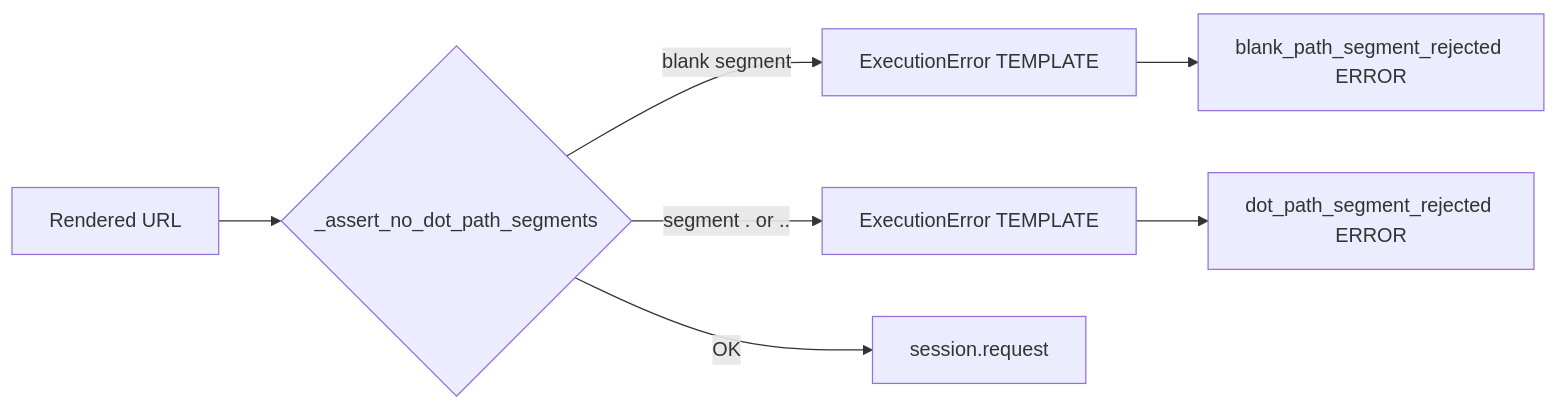
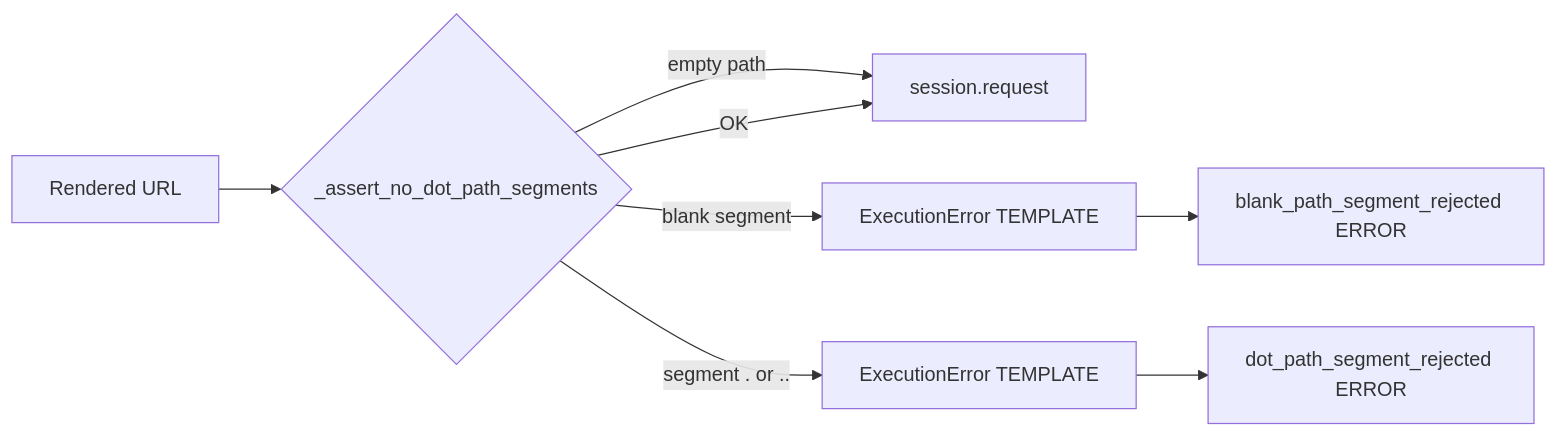
The diagram in doc/dev/http_path_segment_rejection.md (koctep/pypost), drawn with Mermaid before and after one commit. The commit also changed other lines of this file and 8 other files, not shown here.

````diff
--- a/doc/dev/http_path_segment_rejection.md
+++ b/doc/dev/http_path_segment_rejection.md
@@ -53,9 +61,10 @@
 ```mermaid
 flowchart LR
   A[Rendered URL] --> B{_assert_no_dot_path_segments}
+  B -->|empty path| E[session.request]
   B -->|blank segment| C1[ExecutionError TEMPLATE]
   B -->|segment . or ..| C2[ExecutionError TEMPLATE]
   C1 --> D1[blank_path_segment_rejected ERROR]
   C2 --> D2[dot_path_segment_rejected ERROR]
-  B -->|OK| E[session.request]
+  B -->|OK| E
 ```
````
